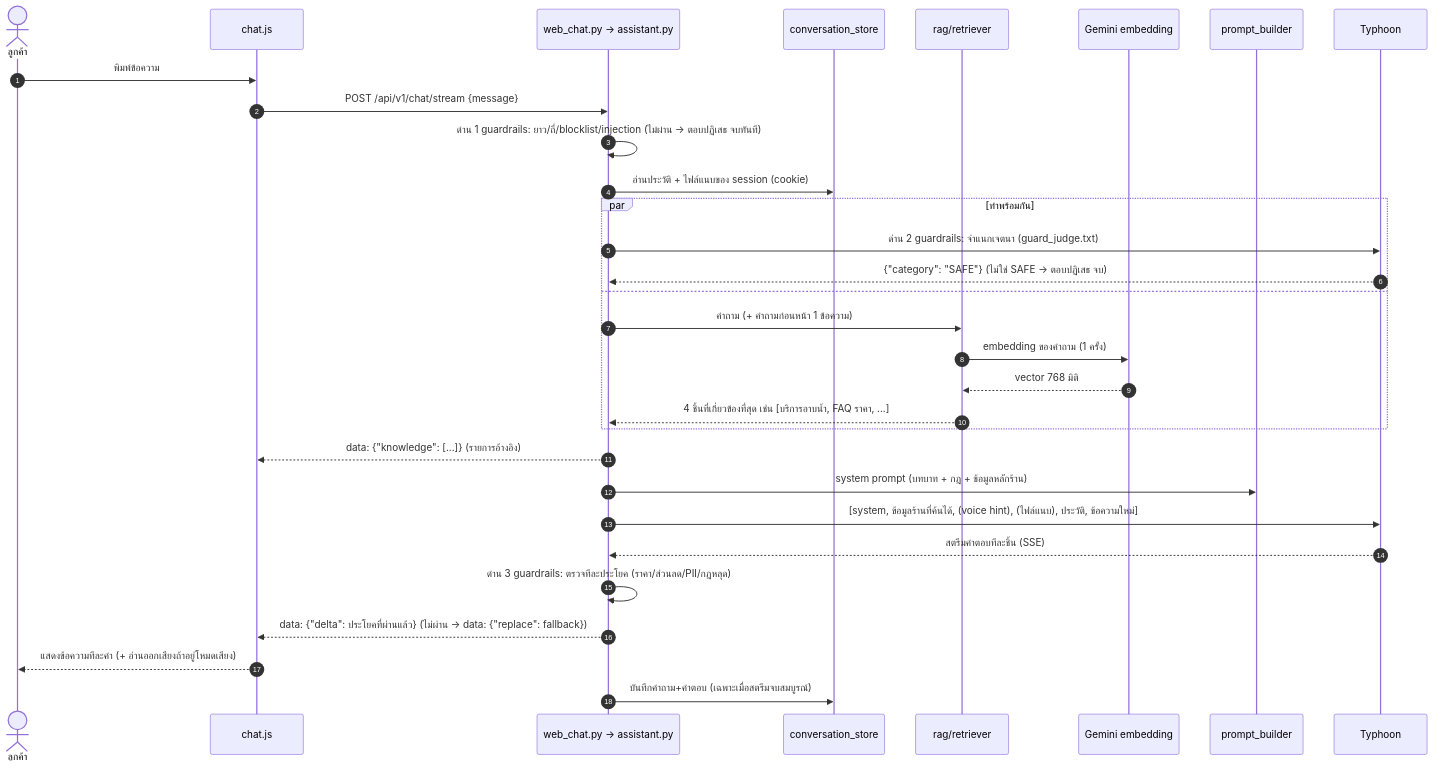
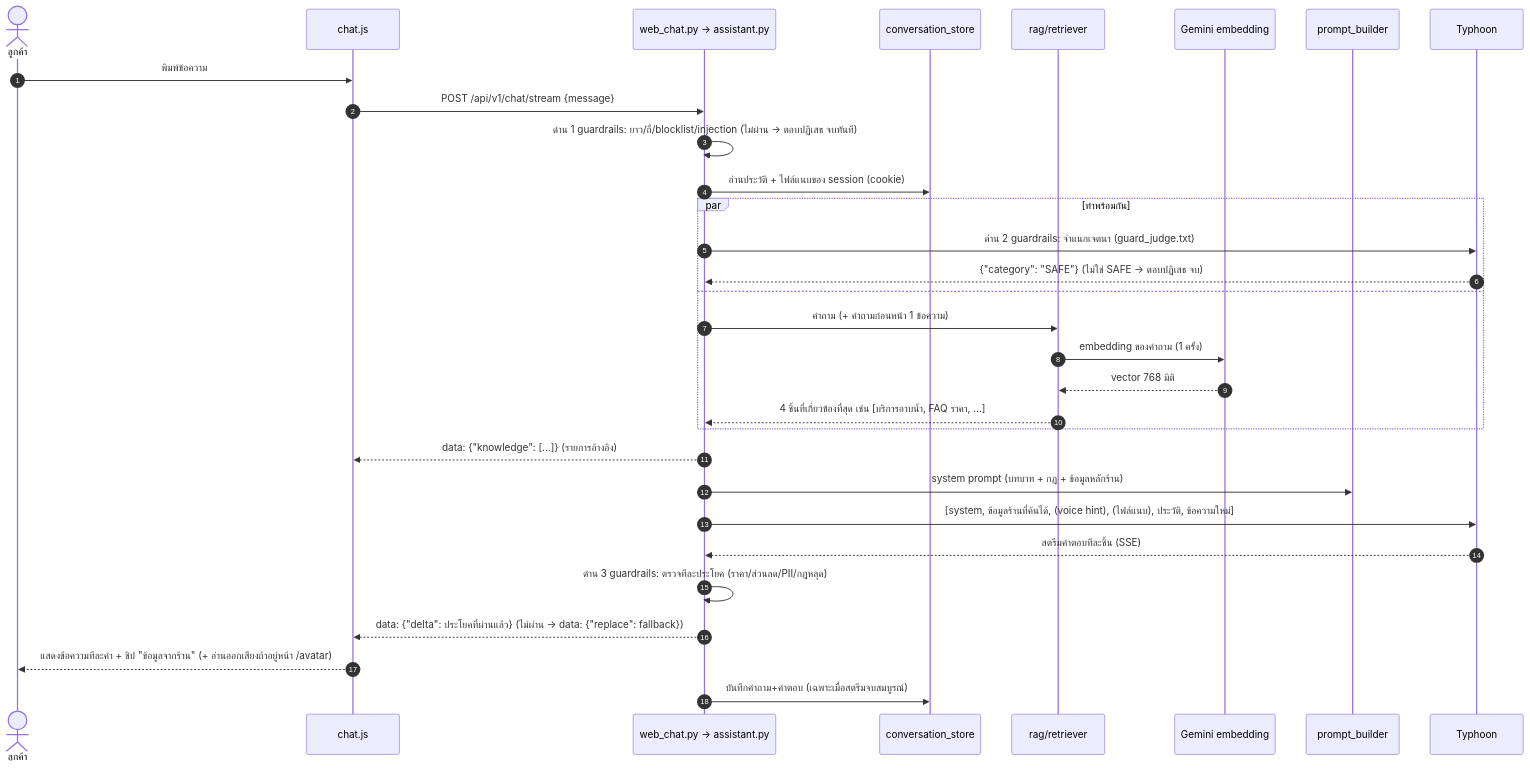
Before and after one commit to Myname30275/Project-chatbot: the second of 3 diagrams in docs/system-architecture.md, drawn with Mermaid. The commit also changed other lines of this file and 1 other file, not shown here.

First line of the commit message:
Update architecture doc and README for the new UI

````diff
--- a/docs/system-architecture.md
+++ b/docs/system-architecture.md
@@ -140,34 +143,34 @@
 ```mermaid
 sequenceDiagram
     autonumber
     actor C as ลูกค้า
     participant UI as chat.js
     participant API as web_chat.py → assistant.py
     participant ST as conversation_store
     participant RAG as rag/retriever
     participant GM as Gemini embedding
     participant PB as prompt_builder
     participant LLM as Typhoon
 
     C->>UI: พิมพ์ข้อความ
     UI->>API: POST /api/v1/chat/stream {message}
     API->>API: ด่าน 1 guardrails: ยาว/ถี่/blocklist/injection (ไม่ผ่าน → ตอบปฏิเสธ จบทันที)
     API->>ST: อ่านประวัติ + ไฟล์แนบของ session (cookie)
     par ทำพร้อมกัน
         API->>LLM: ด่าน 2 guardrails: จำแนกเจตนา (guard_judge.txt)
         LLM-->>API: {"category": "SAFE"} (ไม่ใช่ SAFE → ตอบปฏิเสธ จบ)
     and
         API->>RAG: คำถาม (+ คำถามก่อนหน้า 1 ข้อความ)
         RAG->>GM: embedding ของคำถาม (1 ครั้ง)
         GM-->>RAG: vector 768 มิติ
         RAG-->>API: 4 ชิ้นที่เกี่ยวข้องที่สุด เช่น [บริการอาบน้ำ, FAQ ราคา, ...]
     end
     API-->>UI: data: {"knowledge": [...]} (รายการอ้างอิง)
     API->>PB: system prompt (บทบาท + กฎ + ข้อมูลหลักร้าน)
     API->>LLM: [system, ข้อมูลร้านที่ค้นได้, (voice hint), (ไฟล์แนบ), ประวัติ, ข้อความใหม่]
     LLM-->>API: สตรีมคำตอบทีละชิ้น (SSE)
     API->>API: ด่าน 3 guardrails: ตรวจทีละประโยค (ราคา/ส่วนลด/PII/กฎหลุด)
     API-->>UI: data: {"delta": ประโยคที่ผ่านแล้ว} (ไม่ผ่าน → data: {"replace": fallback})
-    UI-->>C: แสดงข้อความทีละคำ (+ อ่านออกเสียงถ้าอยู่โหมดเสียง)
+    UI-->>C: แสดงข้อความทีละคำ + ชิป "ข้อมูลจากร้าน" (+ อ่านออกเสียงถ้าอยู่หน้า /avatar)
     API->>ST: บันทึกคำถาม+คำตอบ (เฉพาะเมื่อสตรีมจบสมบูรณ์)
 ```
````
